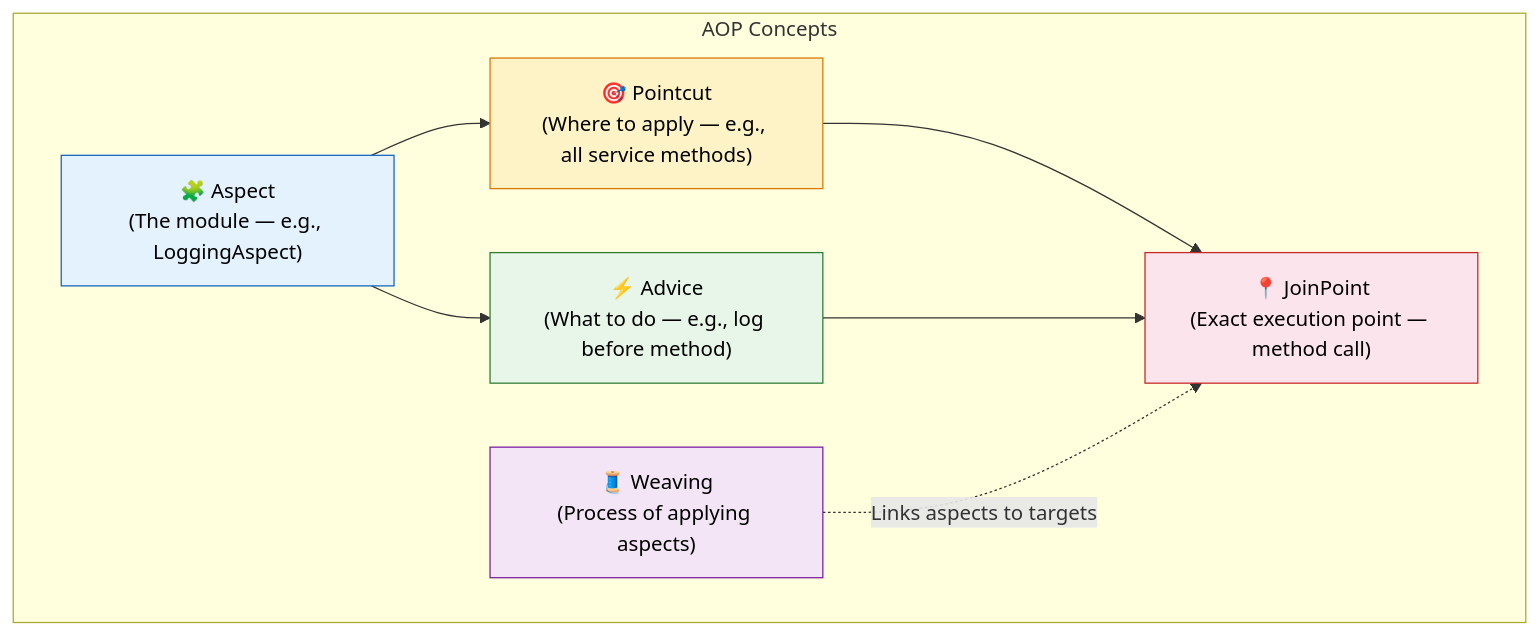
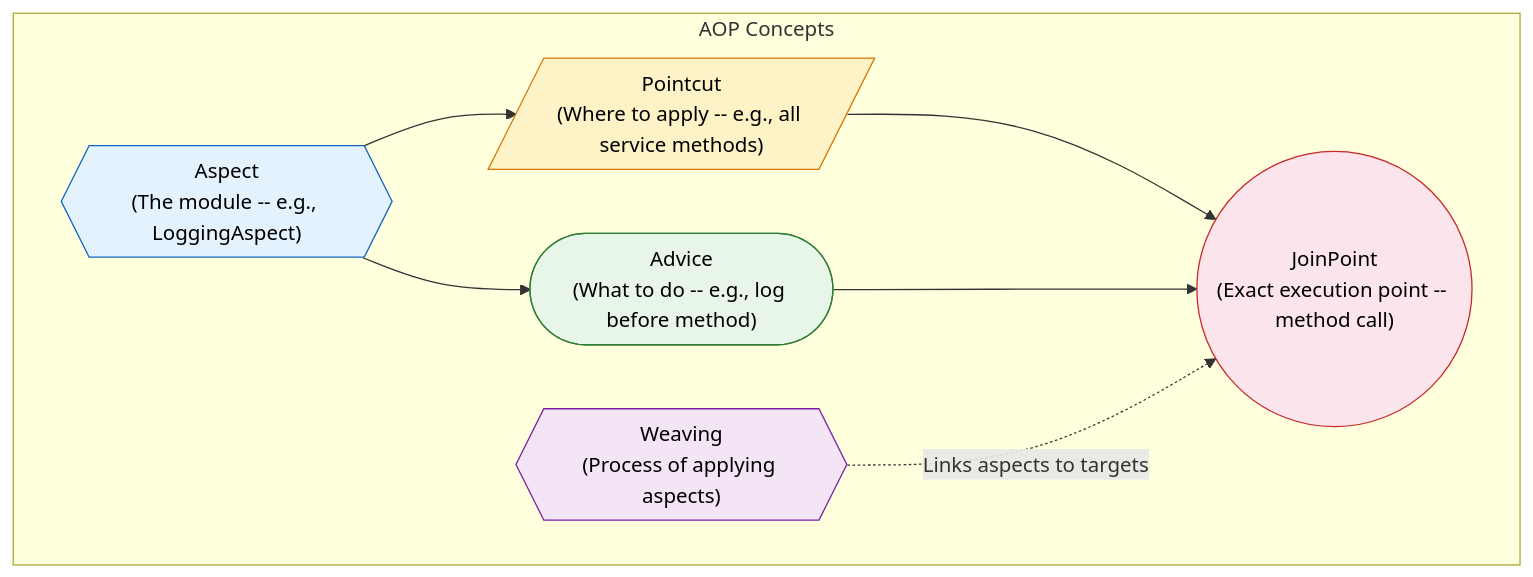
One commit to saivamsikaruturi/vamsilabs-dev-notes-main changed the second of 6 diagrams in docs/springboot/aop.md. Above: the diagram before and after it, drawn with Mermaid. The commit also changed other lines of this file and 146 other files, not shown here.

Commit message:
Horizontal diagrams, UML class diagrams, typography overhaul, and permalink cleanup

````diff
--- a/docs/springboot/aop.md
+++ b/docs/springboot/aop.md
@@ -74,22 +74,23 @@
 ```mermaid
-flowchart TD
+flowchart LR
     subgraph AOP["AOP Concepts"]
-        Aspect["🧩 Aspect<br/>(The module — e.g., LoggingAspect)"]
-        Advice["⚡ Advice<br/>(What to do — e.g., log before method)"]
-        Pointcut["🎯 Pointcut<br/>(Where to apply — e.g., all service methods)"]
-        JoinPoint["📍 JoinPoint<br/>(Exact execution point — method call)"]
-        Weaving["🧵 Weaving<br/>(Process of applying aspects)"]
+        direction LR
+        Aspect{{"Aspect<br/>(The module -- e.g., LoggingAspect)"}}
+        Advice(["Advice<br/>(What to do -- e.g., log before method)"])
+        Pointcut[/"Pointcut<br/>(Where to apply -- e.g., all service methods)"/]
+        JoinPoint(("JoinPoint<br/>(Exact execution point -- method call)"))
+        Weaving{{"Weaving<br/>(Process of applying aspects)"}}
     end
 
     Aspect --> Advice
     Aspect --> Pointcut
     Pointcut --> JoinPoint
     Advice --> JoinPoint
     Weaving -.->|"Links aspects to targets"| JoinPoint
 
     style Aspect fill:#E3F2FD,stroke:#1565C0,color:#000
     style Advice fill:#E8F5E9,stroke:#2E7D32,color:#000
     style Pointcut fill:#FEF3C7,stroke:#D97706,color:#000
     style JoinPoint fill:#FCE4EC,stroke:#C62828,color:#000
     style Weaving fill:#F3E5F5,stroke:#7B1FA2,color:#000
 ```
````
